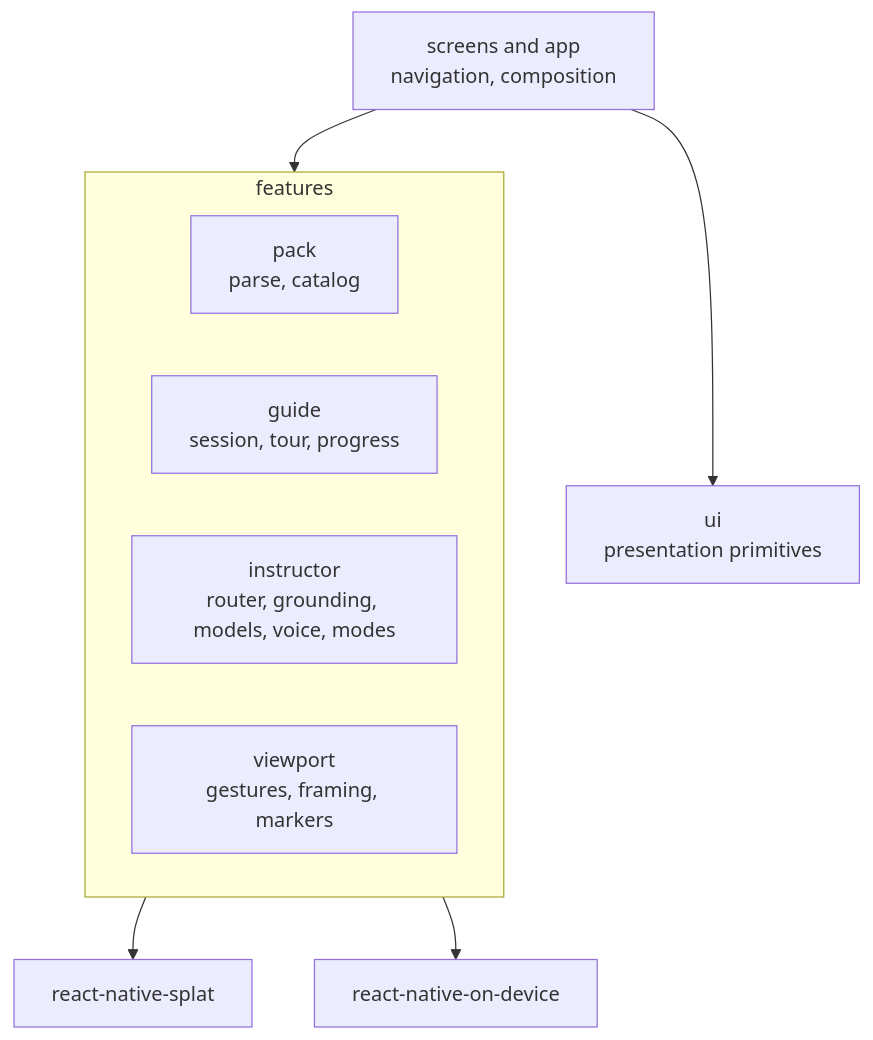
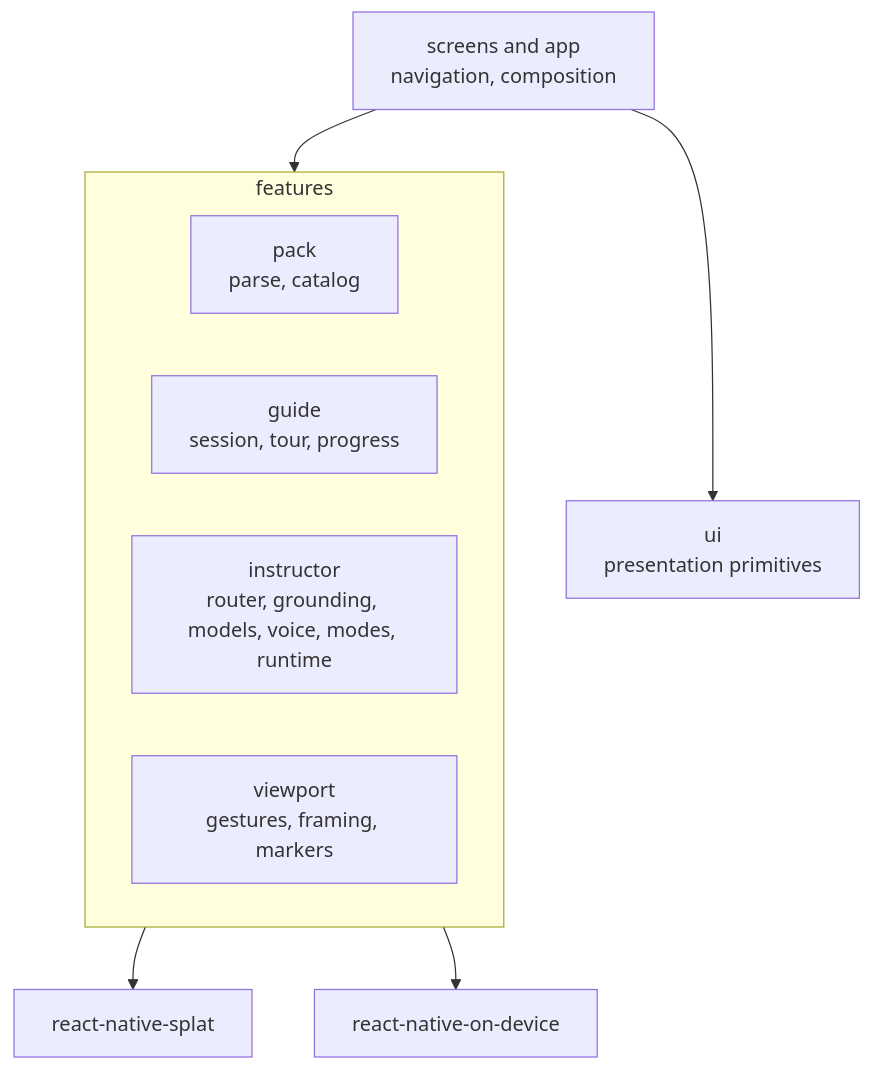
The diagram in apps/field-guide/README.md (Xget7/splat-field-guide), drawn with Mermaid before and after one commit. The commit also changed other lines of this file and 30 other files, not shown here.

Commit message:
Group the app's shared modules into context, navigation, storage and instructor runtime folders

````diff
--- a/apps/field-guide/README.md
+++ b/apps/field-guide/README.md
@@ -11,14 +11,14 @@
 ```mermaid
 flowchart TB
   screens["screens and app<br/>navigation, composition"] --> features
   screens --> ui["ui<br/>presentation primitives"]
   subgraph features["features"]
     direction LR
     pack["pack<br/>parse, catalog"]
     guide["guide<br/>session, tour, progress"]
-    instructor["instructor<br/>router, grounding, models, voice, modes"]
+    instructor["instructor<br/>router, grounding, models, voice, modes, runtime"]
     viewport["viewport<br/>gestures, framing, markers"]
   end
   viewport --> splatPkg["react-native-splat"]
   instructor --> onDevicePkg["react-native-on-device"]
 ```
````
